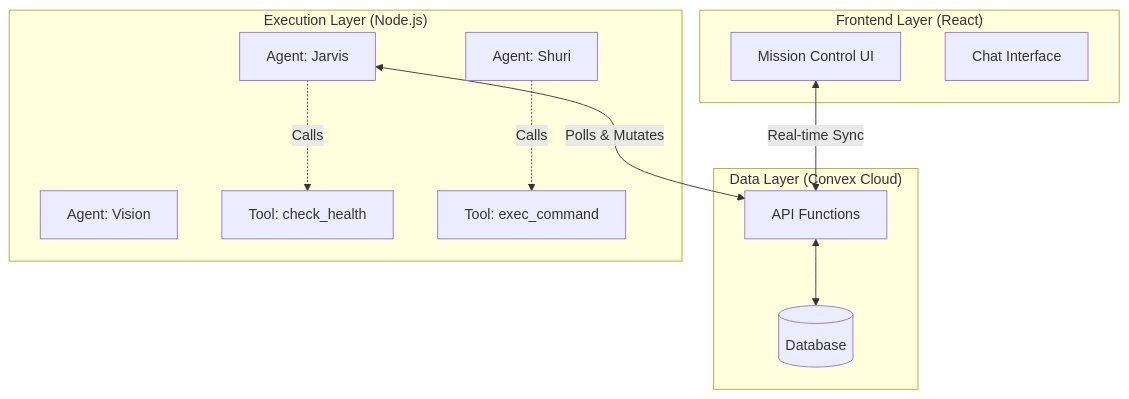
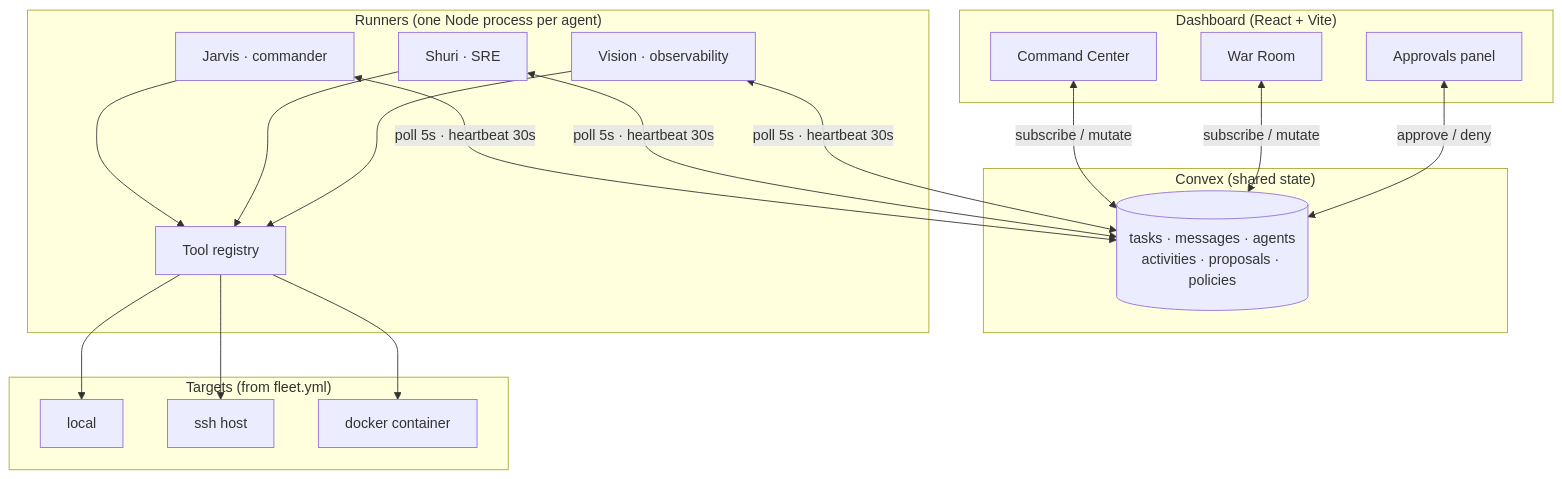
One commit to amrsingh29/openclaw-fleet-manager changed the first of 2 diagrams in docs/ARCHITECTURE.md. Above: the diagram before and after it, drawn with Mermaid. The commit also changed other lines of this file and 91 other files, not shown here.

````diff
--- a/docs/ARCHITECTURE.md
+++ b/docs/ARCHITECTURE.md
@@ -10,26 +7,38 @@
 ```mermaid
 graph TD
-    subgraph "Frontend Layer (React)"
-        Dashboard[Mission Control UI]
-        WarRoom[Chat Interface]
+    subgraph "Dashboard (React + Vite)"
+        UI[Command Center]
+        WR[War Room]
+        AP[Approvals panel]
     end
 
-    subgraph "Data Layer (Convex Cloud)"
-        DB[(Database)]
-        API[API Functions]
+    subgraph "Convex (shared state)"
+        DB[(tasks · messages · agents<br/>activities · proposals · policies)]
     end
 
-    subgraph "Execution Layer (Node.js)"
-        Jarvis[Agent: Jarvis]
-        Shuri[Agent: Shuri]
-        Vision[Agent: Vision]
-        Tool1[Tool: check_health]
-        Tool2[Tool: exec_command]
+    subgraph "Runners (one Node process per agent)"
+        J[Jarvis · commander]
+        S[Shuri · SRE]
+        V[Vision · observability]
+        T[Tool registry]
     end
 
-    Dashboard <-->|"Real-time Sync"| API
-    API <--> DB
-    Jarvis <-->|"Polls & Mutates"| API
-    Jarvis -.->|"Calls"| Tool1
-    Shuri -.->|"Calls"| Tool2
+    subgraph "Targets (from fleet.yml)"
+        L[local]
+        SSH[ssh host]
+        D[docker container]
+    end
+
+    UI <-->|subscribe / mutate| DB
+    WR <-->|subscribe / mutate| DB
+    AP <-->|approve / deny| DB
+    J <-->|poll 5s · heartbeat 30s| DB
+    S <-->|poll 5s · heartbeat 30s| DB
+    V <-->|poll 5s · heartbeat 30s| DB
+    J --> T
+    S --> T
+    V --> T
+    T --> L
+    T --> SSH
+    T --> D
 ```
````
